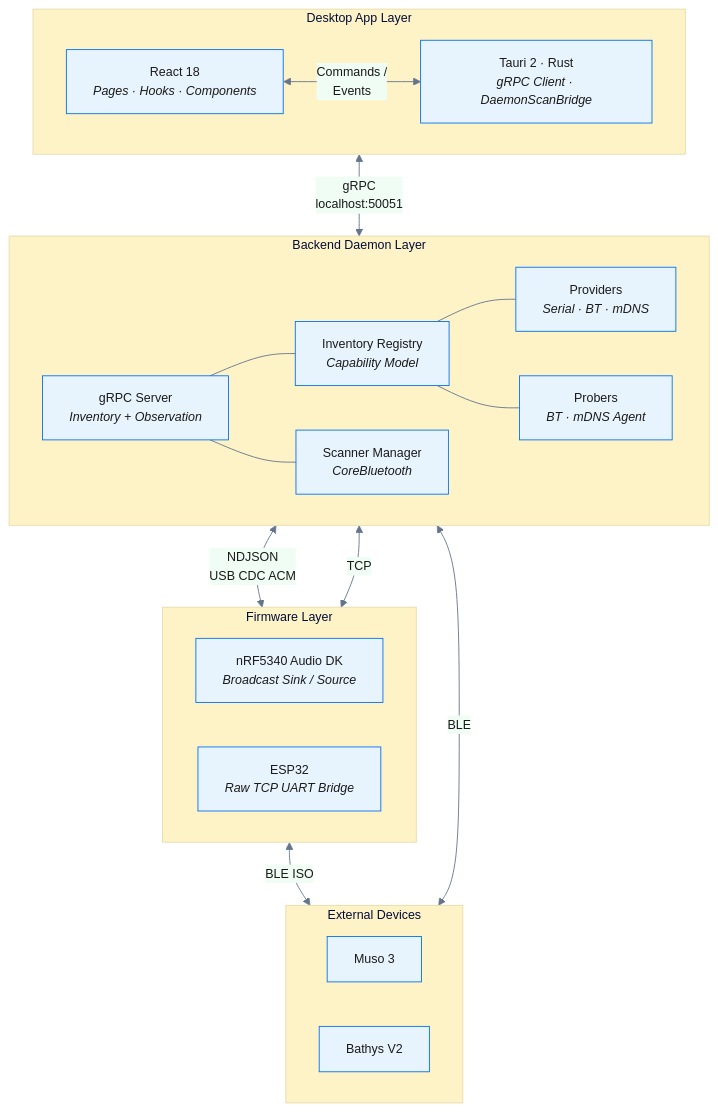
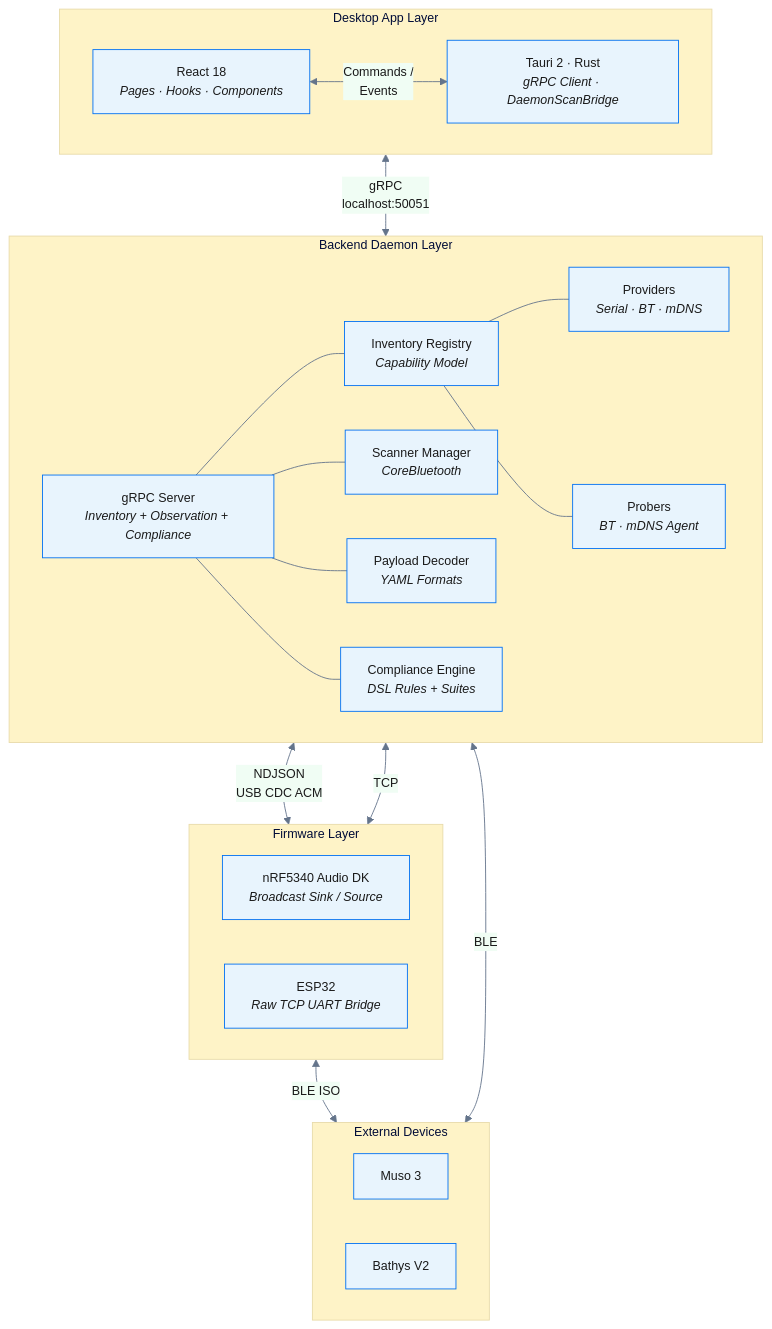
One commit to digimap2000/auracle changed the diagram in docs/diagrams/ARCH-1-layered-architecture.mmd. Above: the diagram before and after it, drawn with Mermaid. The commit also changed 16 other files, not shown here.

```diff
--- a/docs/diagrams/ARCH-1-layered-architecture.mmd
+++ b/docs/diagrams/ARCH-1-layered-architecture.mmd
@@ -1,39 +1,43 @@
 %%{init: {'theme': 'base', 'themeVariables': {'primaryColor': '#e8f4fd', 'primaryBorderColor': '#0070f3', 'primaryTextColor': '#1a1a1a', 'secondaryColor': '#f0fdf4', 'tertiaryColor': '#fef3c7', 'lineColor': '#64748b', 'fontSize': '14px'}}}%%
 graph TB
     subgraph AppLayer["Desktop App Layer"]
         direction LR
         ReactApp["React 18<br/><i>Pages · Hooks · Components</i>"]
         TauriBackend["Tauri 2 · Rust<br/><i>gRPC Client · DaemonScanBridge</i>"]
         ReactApp <-->|"Commands /<br/>Events"| TauriBackend
     end
 
     subgraph DaemonLayer["Backend Daemon Layer"]
         direction LR
-        gRPCServer["gRPC Server<br/><i>Inventory + Observation</i>"]
+        gRPCServer["gRPC Server<br/><i>Inventory + Observation + Compliance</i>"]
         Registry["Inventory Registry<br/><i>Capability Model</i>"]
         Providers["Providers<br/><i>Serial · BT · mDNS</i>"]
         Probers["Probers<br/><i>BT · mDNS Agent</i>"]
         ScanMgr["Scanner Manager<br/><i>CoreBluetooth</i>"]
+        Decoder["Payload Decoder<br/><i>YAML Formats</i>"]
+        Compliance["Compliance Engine<br/><i>DSL Rules + Suites</i>"]
         gRPCServer --- Registry
         gRPCServer --- ScanMgr
+        gRPCServer --- Decoder
+        gRPCServer --- Compliance
         Registry --- Providers
         Registry --- Probers
     end
 
     subgraph FWLayer["Firmware Layer"]
         direction LR
         nRF5340["nRF5340 Audio DK<br/><i>Broadcast Sink / Source</i>"]
         ESP32["ESP32<br/><i>Raw TCP UART Bridge</i>"]
     end
 
     subgraph External["External Devices"]
         direction LR
         Muso3["Muso 3"]
         BathysV2["Bathys V2"]
     end
 
     TauriBackend <-->|"gRPC<br/>localhost:50051"| gRPCServer
     Providers <-->|"NDJSON<br/>USB CDC ACM"| nRF5340
     Providers <-->|"TCP"| ESP32
     ScanMgr <-->|"BLE"| External
     nRF5340 <-->|"BLE ISO"| External
```
